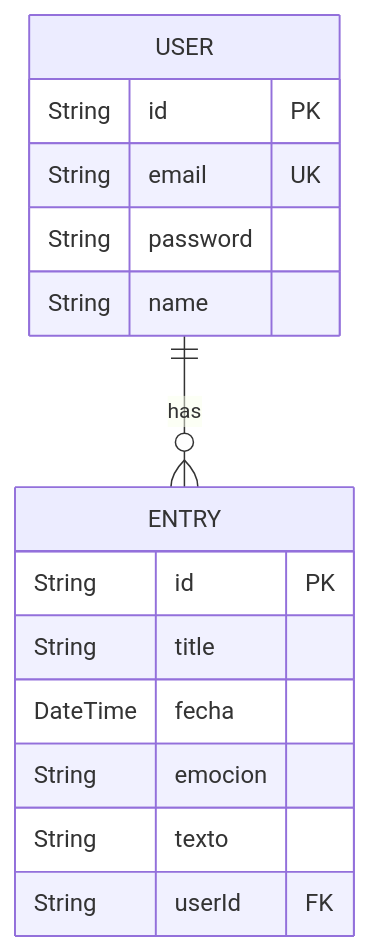
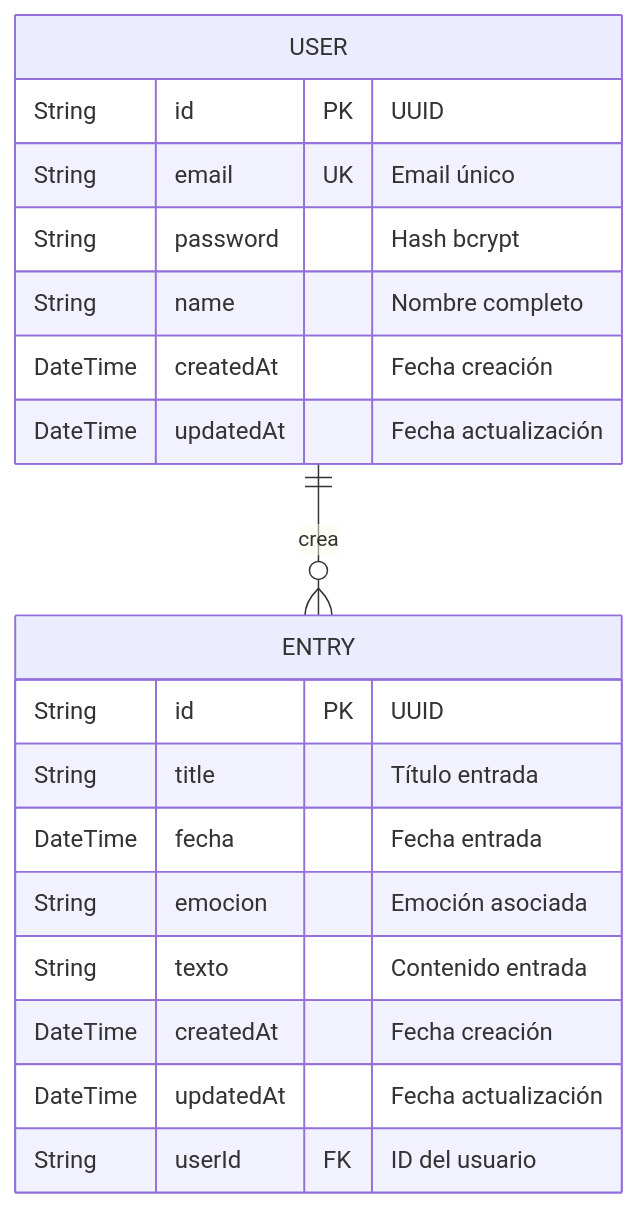
Before and after one commit to Jajavier2404/EmotionalBlog: the second of 3 diagrams in backend/README.md, drawn with Mermaid. The commit also changed other lines of this file and 2 other files, not shown here.

````diff
--- a/backend/README.md
+++ b/backend/README.md
@@ -120,18 +180,24 @@
 ```mermaid
 erDiagram
     USER {
-        String id PK
-        String email UK
-        String password
-        String name
+        String id PK "UUID"
+        String email UK "Email único"
+        String password "Hash bcrypt"
+        String name "Nombre completo"
+        DateTime createdAt "Fecha creación"
+        DateTime updatedAt "Fecha actualización"
     }
+
     ENTRY {
-        String id PK
-        String title
-        DateTime fecha
-        String emocion
-        String texto
-        String userId FK
+        String id PK "UUID"
+        String title "Título entrada"
+        DateTime fecha "Fecha entrada"
+        String emocion "Emoción asociada"
+        String texto "Contenido entrada"
+        DateTime createdAt "Fecha creación"
+        DateTime updatedAt "Fecha actualización"
+        String userId FK "ID del usuario"
     }
-    USER ||--o{ ENTRY : "has"
+
+    USER ||--o{ ENTRY : "crea"
 ```
````
